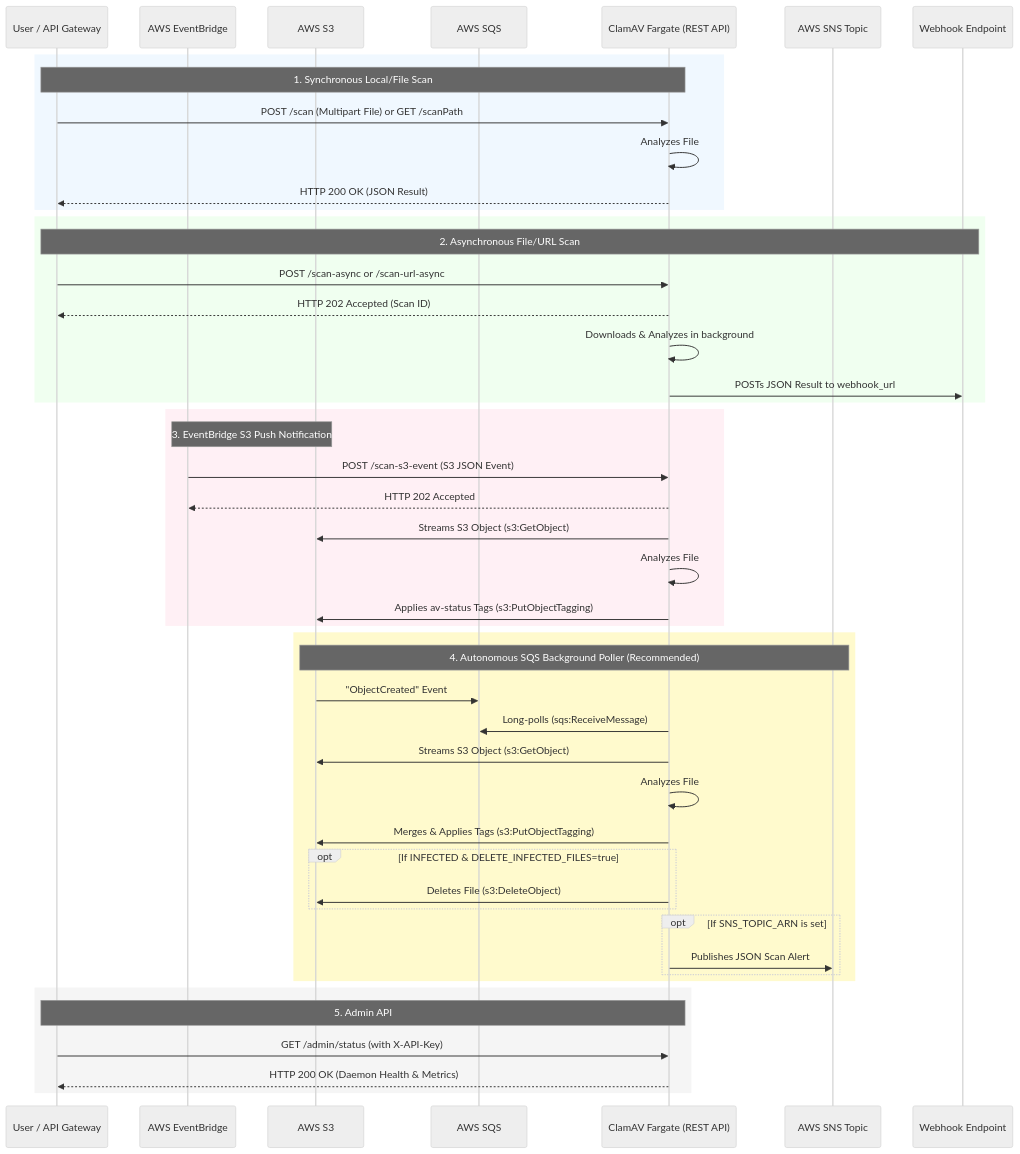
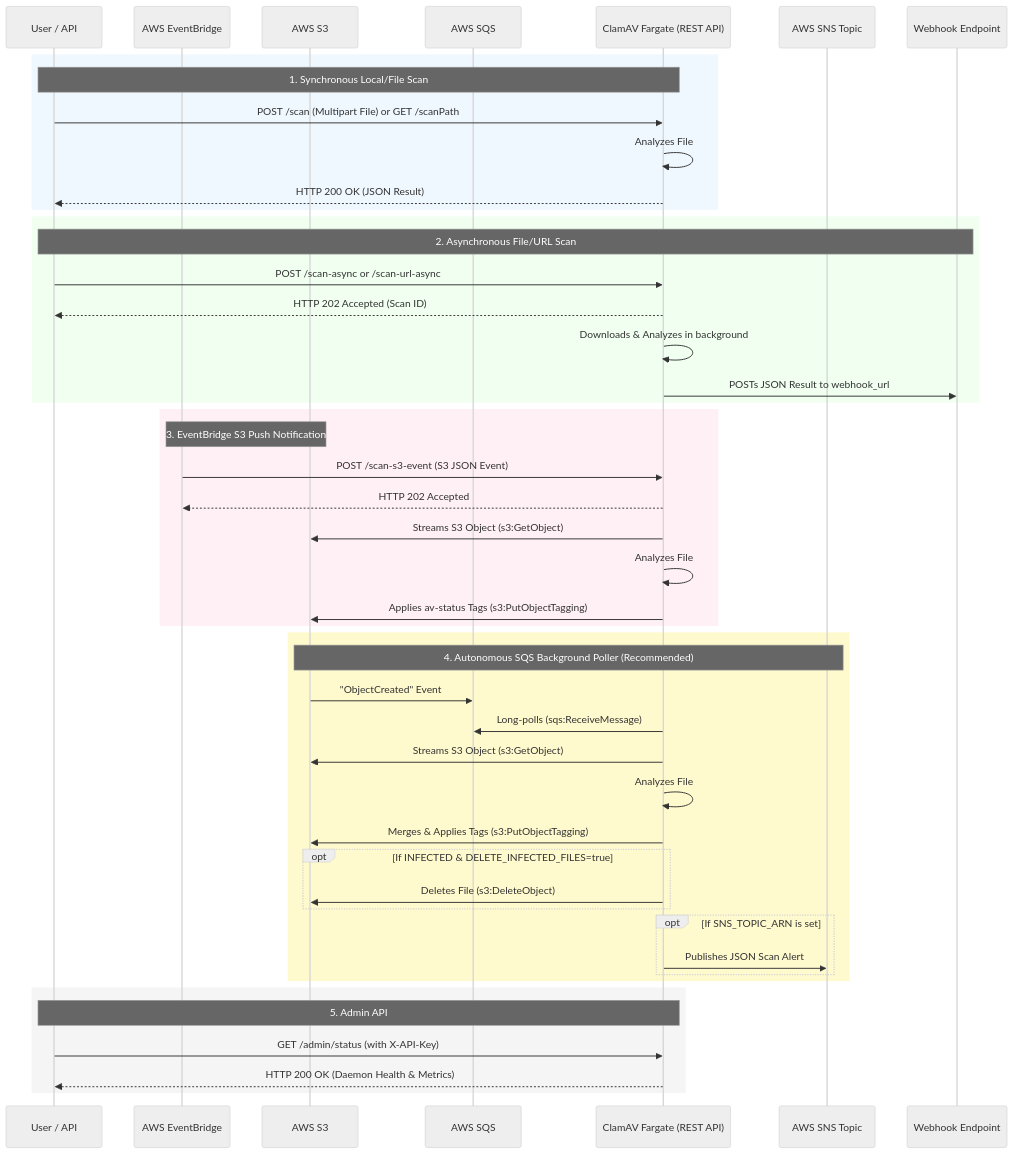
The diagram in README.md (amithalder21/clamav-restapi), drawn with Mermaid (neutral theme) before and after one commit.

````diff
--- a/README.md
+++ b/README.md
@@ -37,60 +37,60 @@
 ```mermaid
 sequenceDiagram
-    participant Client as User / API Gateway
+    participant Client as User / API
     participant EventBridge as AWS EventBridge
     participant S3 as AWS S3
     participant SQS as AWS SQS
     participant ClamAV as ClamAV Fargate (REST API)
     participant SNS as AWS SNS Topic
     participant Webhook as Webhook Endpoint
 
     %% 1. Synchronous Scan
     rect rgb(240, 248, 255)
         Note over Client, ClamAV: 1. Synchronous Local/File Scan
         Client->>ClamAV: POST /scan (Multipart File) or GET /scanPath
         ClamAV->>ClamAV: Analyzes File
         ClamAV-->>Client: HTTP 200 OK (JSON Result)
     end
 
     %% 2. Asynchronous Scan
     rect rgb(240, 255, 240)
         Note over Client, Webhook: 2. Asynchronous File/URL Scan
         Client->>ClamAV: POST /scan-async or /scan-url-async
         ClamAV-->>Client: HTTP 202 Accepted (Scan ID)
         ClamAV->>ClamAV: Downloads & Analyzes in background
         ClamAV->>Webhook: POSTs JSON Result to webhook_url
     end
 
     %% 3. Event-Driven S3 Push (EventBridge)
     rect rgb(255, 240, 245)
         Note over EventBridge, S3: 3. EventBridge S3 Push Notification
         EventBridge->>ClamAV: POST /scan-s3-event (S3 JSON Event)
         ClamAV-->>EventBridge: HTTP 202 Accepted
         ClamAV->>S3: Streams S3 Object (s3:GetObject)
         ClamAV->>ClamAV: Analyzes File
         ClamAV->>S3: Applies av-status Tags (s3:PutObjectTagging)
     end
 
     %% 4. Event-Driven SQS Pull (Autonomous)
     rect rgb(255, 250, 205)
         Note over S3, SNS: 4. Autonomous SQS Background Poller (Recommended)
         S3->>SQS: "ObjectCreated" Event
         ClamAV->>SQS: Long-polls (sqs:ReceiveMessage)
         ClamAV->>S3: Streams S3 Object (s3:GetObject)
         ClamAV->>ClamAV: Analyzes File
         ClamAV->>S3: Merges & Applies Tags (s3:PutObjectTagging)
         opt If INFECTED & DELETE_INFECTED_FILES=true
             ClamAV->>S3: Deletes File (s3:DeleteObject)
         end
         opt If SNS_TOPIC_ARN is set
             ClamAV->>SNS: Publishes JSON Scan Alert
         end
     end
 
     %% 5. Admin API
     rect rgb(245, 245, 245)
         Note over Client, ClamAV: 5. Admin API
         Client->>ClamAV: GET /admin/status (with X-API-Key)
         ClamAV-->>Client: HTTP 200 OK (Daemon Health & Metrics)
     end
 ```
````
